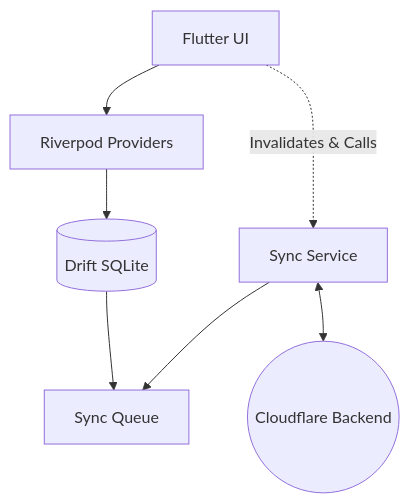
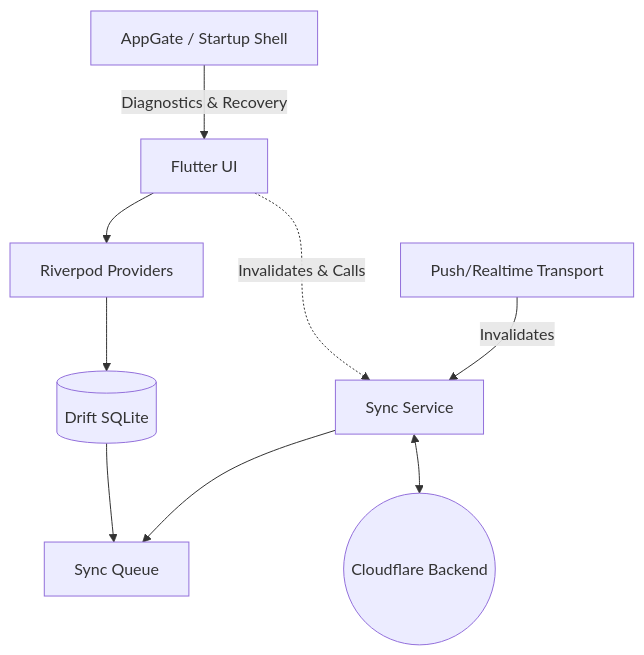
One commit to EmilGabibov/Flutter_Project changed the second of 6 diagrams in Developement/uml_combined.md. Above: the diagram before and after it, drawn with Mermaid. The commit also changed other lines of this file and 19 other files, not shown here.

````diff
--- a/Developement/uml_combined.md
+++ b/Developement/uml_combined.md
@@ -43,9 +43,11 @@
 ```mermaid
 flowchart TD
-    UI[Flutter UI] --> Riverpod[Riverpod Providers]
+    AppGate[AppGate / Startup Shell] -->|Diagnostics & Recovery| UI[Flutter UI]
+    UI --> Riverpod[Riverpod Providers]
     Riverpod --> LocalDB[(Drift SQLite)]
     LocalDB --> SyncQueue[Sync Queue]
     SyncService[Sync Service] --> SyncQueue
     SyncService <--> Internet((Cloudflare Backend))
     UI -.->|Invalidates & Calls| SyncService
+    Push[Push/Realtime Transport] -->|Invalidates| SyncService
 ```
````
